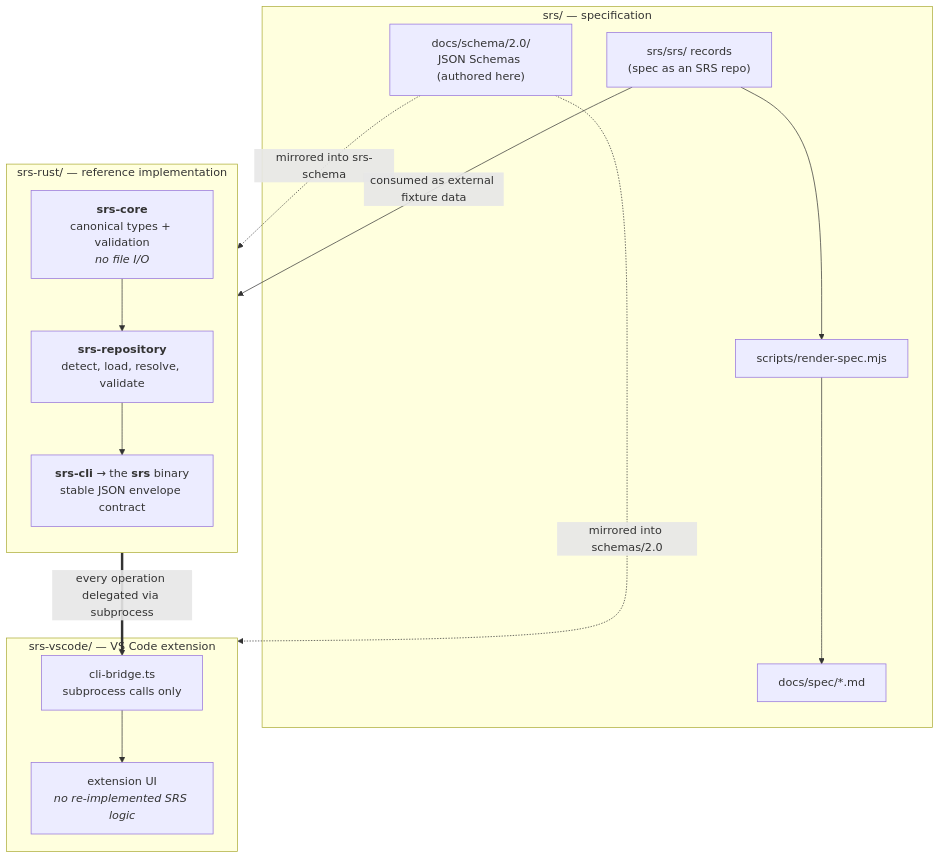
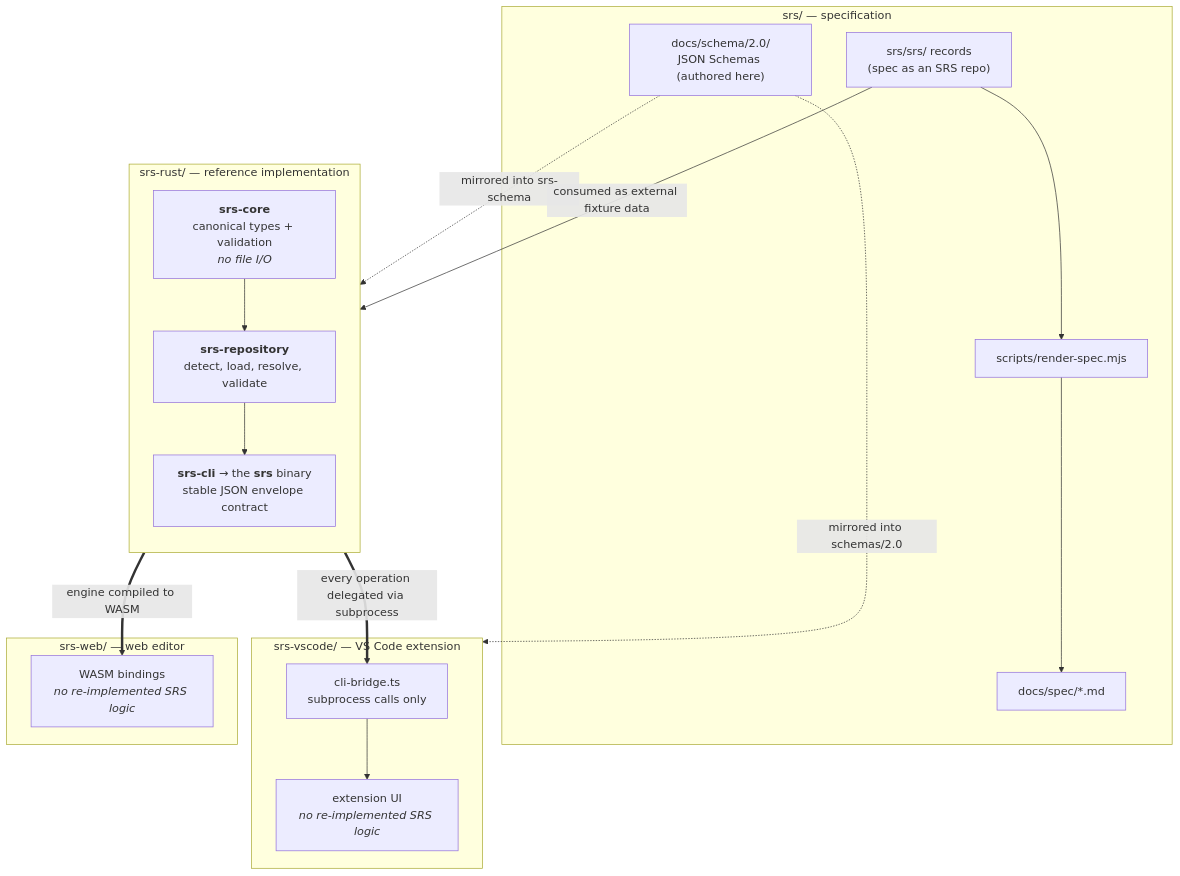
One commit to the-greenman/srs changed the third of 3 diagrams in docs/overview/how-it-works.md. Above: the diagram before and after it, drawn with Mermaid. The commit also changed other lines of this file and 2 other files, not shown here.

First line of the commit message:
docs(overview): fix stale graduatedAt and repository-count claims (srs#929)

````diff
--- a/docs/overview/how-it-works.md
+++ b/docs/overview/how-it-works.md
@@ -91,27 +91,32 @@
 ```mermaid
 flowchart TD
     subgraph spec["srs/ — specification"]
         RECS["srs/srs/ records<br/>(spec as an SRS repo)"]
         SCHEMA["docs/schema/2.0/<br/>JSON Schemas (authored here)"]
         RECS --> RENDER["scripts/render-spec.mjs"] --> SPECMD["docs/spec/*.md"]
     end
 
     subgraph rust["srs-rust/ — reference implementation"]
         direction TB
         CORE["<b>srs-core</b><br/>canonical types + validation<br/><i>no file I/O</i>"]
         REPO["<b>srs-repository</b><br/>detect, load, resolve, validate"]
         CLI["<b>srs-cli</b> → the <b>srs</b> binary<br/>stable JSON envelope contract"]
         CORE --> REPO --> CLI
     end
 
     subgraph code["srs-vscode/ — VS Code extension"]
         BRIDGE["cli-bridge.ts<br/>subprocess calls only"]
         UI["extension UI<br/><i>no re-implemented SRS logic</i>"]
         BRIDGE --> UI
     end
 
+    subgraph web["srs-web/ — web editor"]
+        WASM["WASM bindings<br/><i>no re-implemented SRS logic</i>"]
+    end
+
     SCHEMA -. "mirrored into srs-schema" .-> rust
     SCHEMA -. "mirrored into schemas/2.0" .-> code
     RECS -- "consumed as external fixture data" --> rust
     CLI == "every operation delegated via subprocess" ==> BRIDGE
+    rust == "engine compiled to WASM" ==> WASM
 ```
````
